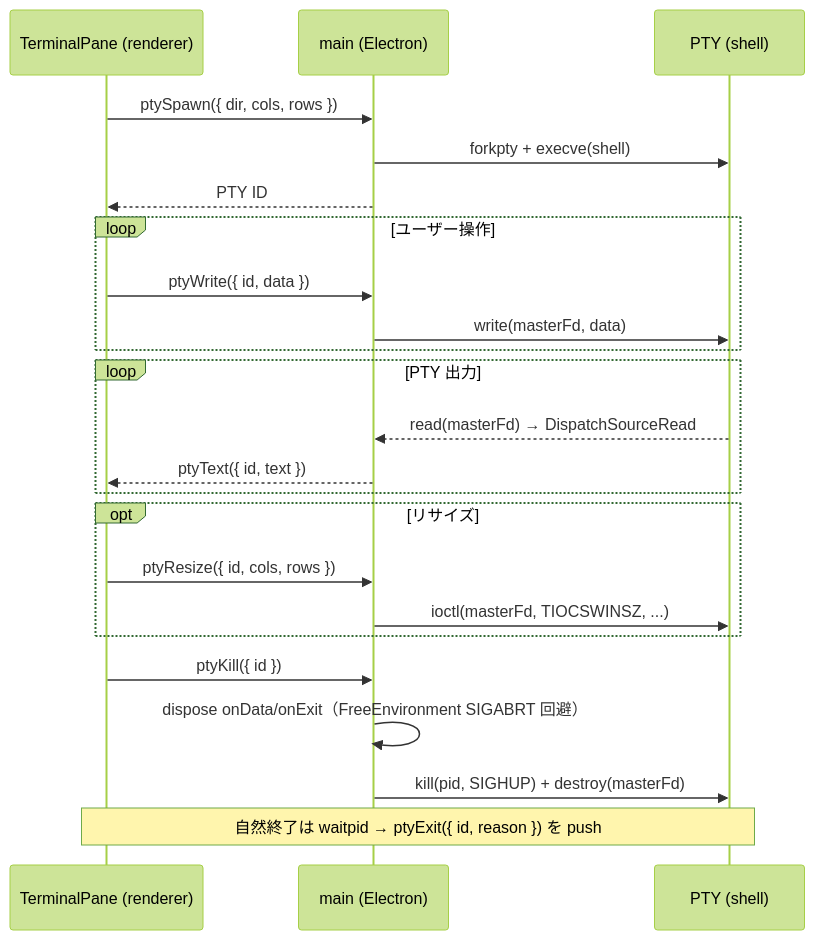
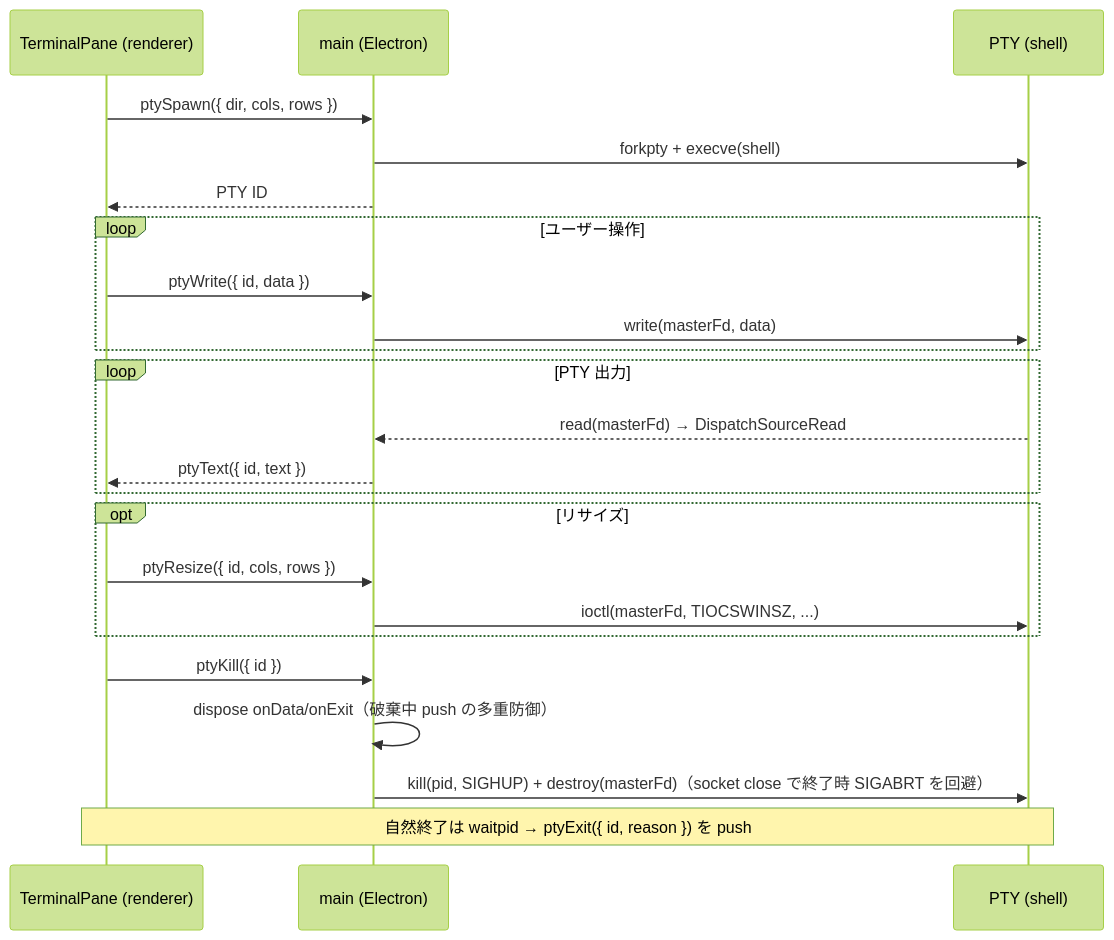
The diagram in docs/terminal.md (miyaoka/gozd), drawn with Mermaid (forest theme) before and after one commit. The commit also changed other lines of this file and 1 other file, not shown here.

First line of the commit message:
chore(pty): correct exit-SIGABRT rationale and surface destroy failure

````diff
--- a/docs/terminal.md
+++ b/docs/terminal.md
@@ -26,31 +26,31 @@
 ```mermaid
 sequenceDiagram
     participant R as TerminalPane (renderer)
     participant N as main (Electron)
     participant P as PTY (shell)
 
     R->>N: ptySpawn({ dir, cols, rows })
     N->>P: forkpty + execve(shell)
     N-->>R: PTY ID
 
     loop ユーザー操作
         R->>N: ptyWrite({ id, data })
         N->>P: write(masterFd, data)
     end
 
     loop PTY 出力
         P-->>N: read(masterFd) → DispatchSourceRead
         N-->>R: ptyText({ id, text })
     end
 
     opt リサイズ
         R->>N: ptyResize({ id, cols, rows })
         N->>P: ioctl(masterFd, TIOCSWINSZ, ...)
     end
 
     R->>N: ptyKill({ id })
-    N->>N: dispose onData/onExit（FreeEnvironment SIGABRT 回避）
-    N->>P: kill(pid, SIGHUP) + destroy(masterFd)
+    N->>N: dispose onData/onExit（破棄中 push の多重防御）
+    N->>P: kill(pid, SIGHUP) + destroy(masterFd)（socket close で終了時 SIGABRT を回避）
 
     Note over P,R: 自然終了は waitpid → ptyExit({ id, reason }) を push
 ```
````
